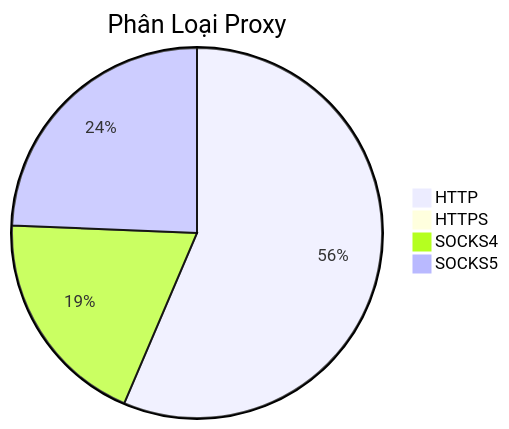
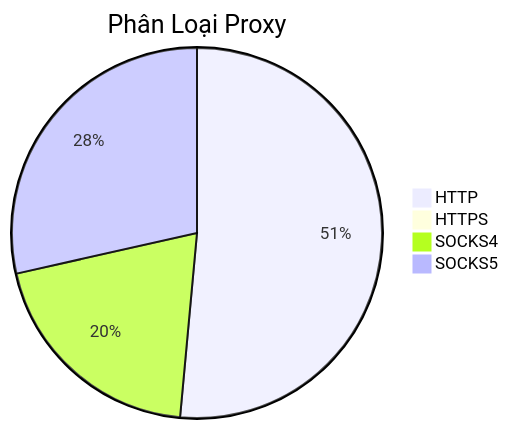
Before and after one commit to Ciara-12/PROXY-free: the diagram in README.md, drawn with Mermaid. The commit also changed other lines of this file and 4 other files, not shown here.

````diff
--- a/README.md
+++ b/README.md
@@ -26,7 +26,7 @@
 ```mermaid
 pie title Phân Loại Proxy
-    "HTTP" : 834
-    "HTTPS" : 9
-    "SOCKS4" : 284
-    "SOCKS5" : 360
+    "HTTP" : 635
+    "HTTPS" : 5
+    "SOCKS4" : 247
+    "SOCKS5" : 352
 ```
````
